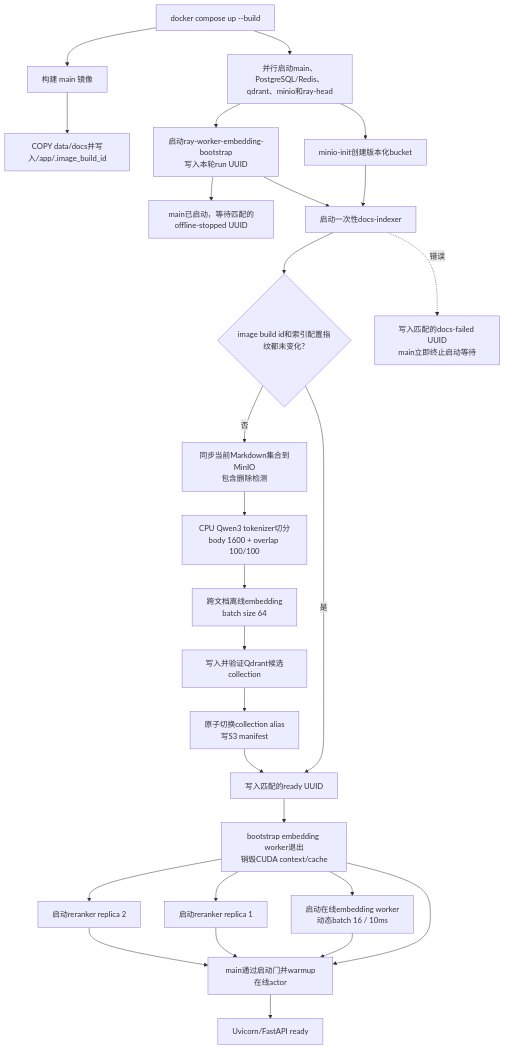
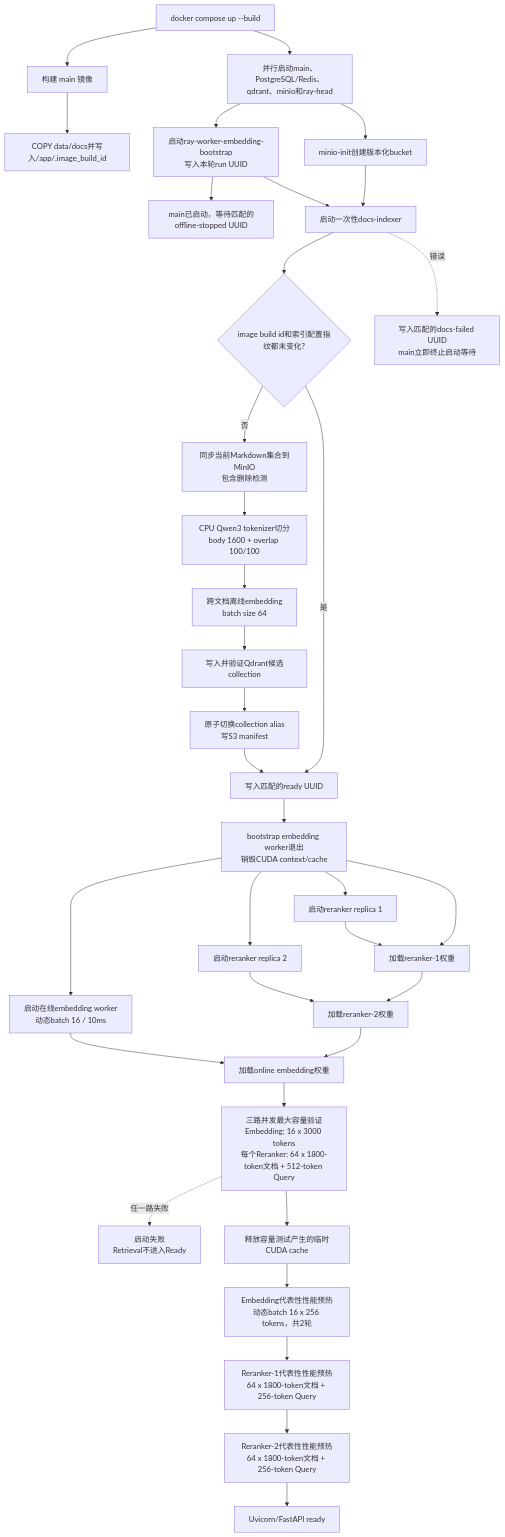
Before and after one commit to XingjiaYang/Knowledge-Base-Assistant: the second of 4 diagrams in readme.zh.md, drawn with Mermaid. The commit also changed other lines of this file and 10 other files, not shown here.

````diff
--- a/readme.zh.md
+++ b/readme.zh.md
@@ -296,29 +297,37 @@
 ```mermaid
 flowchart TD
     A["docker compose up --build"] --> B["构建 main 镜像"]
     B --> C["COPY data/docs并写入/app/.image_build_id"]
     A --> Infra["并行启动main、PostgreSQL/Redis、qdrant、minio和ray-head"]
     Infra --> Bucket["minio-init创建版本化bucket"]
     Infra --> Offline["启动ray-worker-embedding-bootstrap<br/>写入本轮run UUID"]
     Offline --> MainWait["main已启动，等待匹配的offline-stopped UUID"]
     Bucket --> Indexer["启动一次性docs-indexer"]
     Offline --> Indexer
     Indexer --> Marker{"image build id和索引配置指纹都未变化?"}
     Marker -- "是" --> Ready["写入匹配的ready UUID"]
     Marker -- "否" --> Sync["同步当前Markdown集合到MinIO<br/>包含删除检测"]
     Indexer -. "错误" .-> Failed["写入匹配的docs-failed UUID<br/>main立即终止启动等待"]
     Sync --> Chunk["CPU Qwen3 tokenizer切分<br/>body 1600 + overlap 100/100"]
     Chunk --> Batch["跨文档离线embedding<br/>batch size 64"]
     Batch --> Candidate["写入并验证Qdrant候选collection"]
     Candidate --> Alias["原子切换collection alias<br/>写S3 manifest"]
     Alias --> Ready
     Ready --> Stop["bootstrap embedding worker退出<br/>销毁CUDA context/cache"]
     Stop --> Online["启动在线embedding worker<br/>动态batch 16 / 10ms"]
     Stop --> RR1["启动reranker replica 1"]
     Stop --> RR2["启动reranker replica 2"]
-    Stop --> MainWarm["main通过启动门并warmup在线actor"]
-    Online --> MainWarm
-    RR1 --> MainWarm
-    RR2 --> MainWarm
-    MainWarm --> API["Uvicorn/FastAPI ready"]
+    Stop --> LoadR1["加载reranker-1权重"]
+    RR1 --> LoadR1
+    LoadR1 --> LoadR2["加载reranker-2权重"]
+    RR2 --> LoadR2
+    LoadR2 --> LoadE["加载online embedding权重"]
+    Online --> LoadE
+    LoadE --> Capacity["三路并发最大容量验证<br/>Embedding: 16 x 3000 tokens<br/>每个Reranker: 64 x 1800-token文档 + 512-token Query"]
+    Capacity -. "任一路失败" .-> NotReady["启动失败<br/>Retrieval不进入Ready"]
+    Capacity --> Empty["释放容量测试产生的临时CUDA cache"]
+    Empty --> PerfE["Embedding代表性性能预热<br/>动态batch 16 x 256 tokens，共2轮"]
+    PerfE --> PerfR1["Reranker-1代表性性能预热<br/>64 x 1800-token文档 + 256-token Query"]
+    PerfR1 --> PerfR2["Reranker-2代表性性能预热<br/>64 x 1800-token文档 + 256-token Query"]
+    PerfR2 --> API["Uvicorn/FastAPI ready"]
 ```
````
